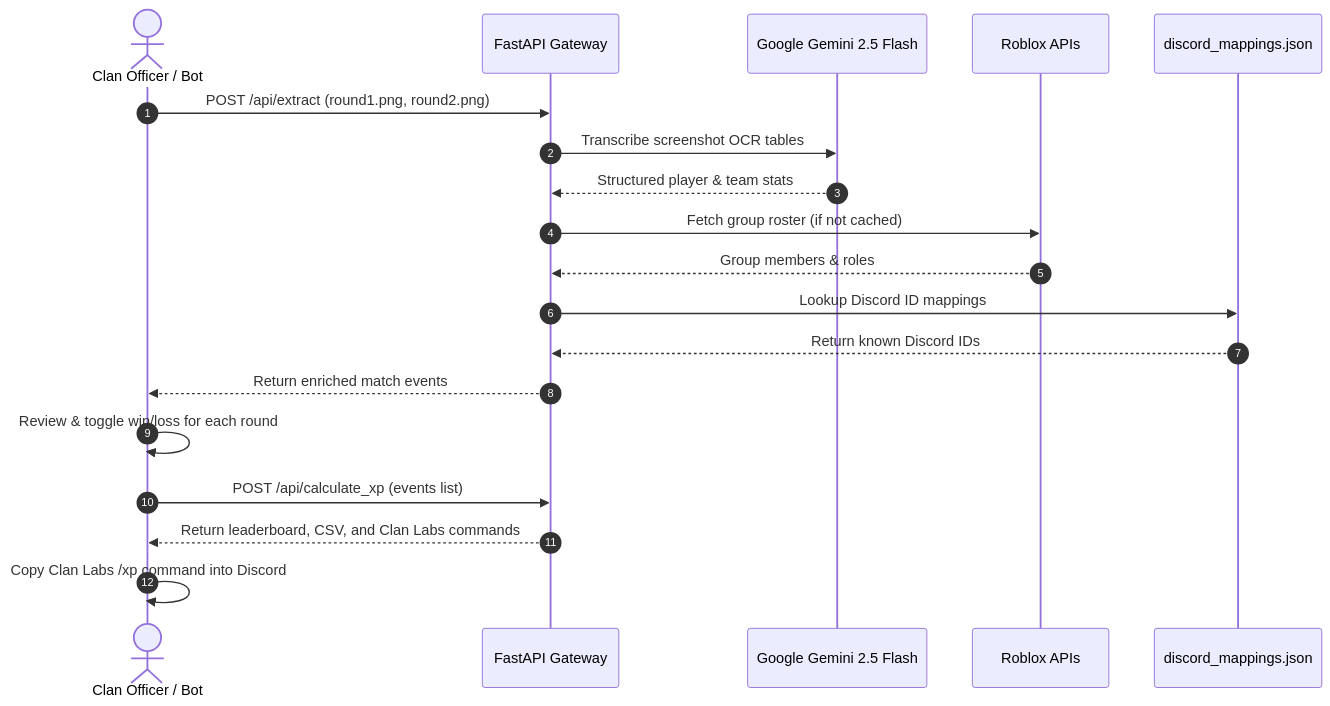
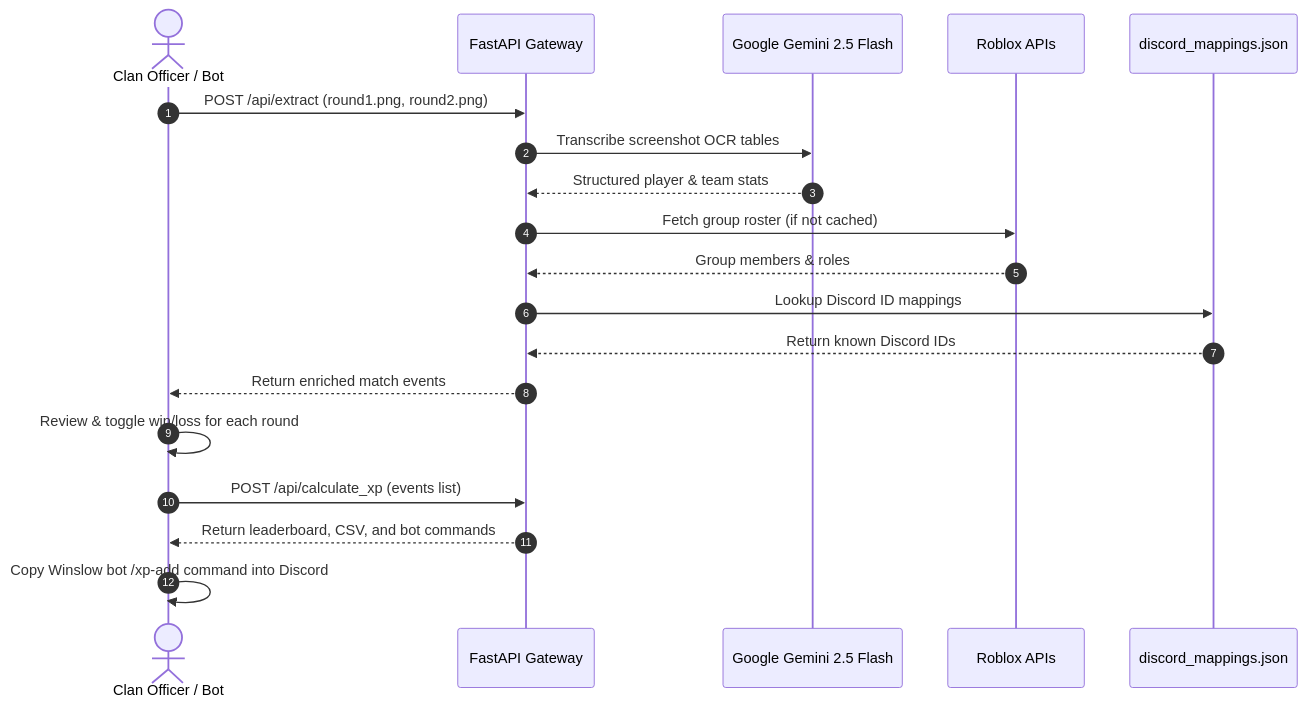
The diagram in API.md (himkhadr-boop/roblox-event-extractor), drawn with Mermaid before and after one commit. The commit also changed other lines of this file and 7 other files, not shown here.

Commit message:
Transition from Clan Labs to Winslow custom bot /xp-add slash commands

````diff
--- a/API.md
+++ b/API.md
@@ -683,24 +684,24 @@
 ```mermaid
 sequenceDiagram
     autonumber
     actor Officer as Clan Officer / Bot
     participant API as FastAPI Gateway
     participant Gemini as Google Gemini 2.5 Flash
     participant Roblox as Roblox APIs
     participant Disk as discord_mappings.json
 
     Officer->>API: POST /api/extract (round1.png, round2.png)
     API->>Gemini: Transcribe screenshot OCR tables
     Gemini-->>API: Structured player & team stats
     API->>Roblox: Fetch group roster (if not cached)
     Roblox-->>API: Group members & roles
     API->>Disk: Lookup Discord ID mappings
     Disk-->>API: Return known Discord IDs
     API-->>Officer: Return enriched match events
 
     Officer->>Officer: Review & toggle win/loss for each round
     Officer->>API: POST /api/calculate_xp (events list)
-    API-->>Officer: Return leaderboard, CSV, and Clan Labs commands
+    API-->>Officer: Return leaderboard, CSV, and bot commands
 
-    Officer->>Officer: Copy Clan Labs /xp command into Discord
+    Officer->>Officer: Copy Winslow bot /xp-add command into Discord
 ```
````
